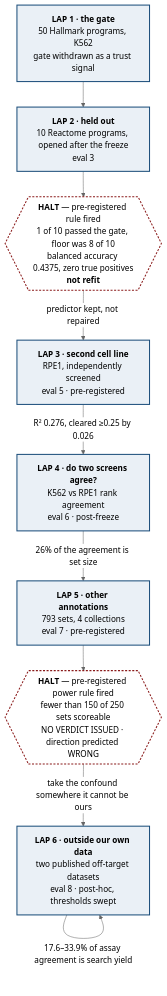
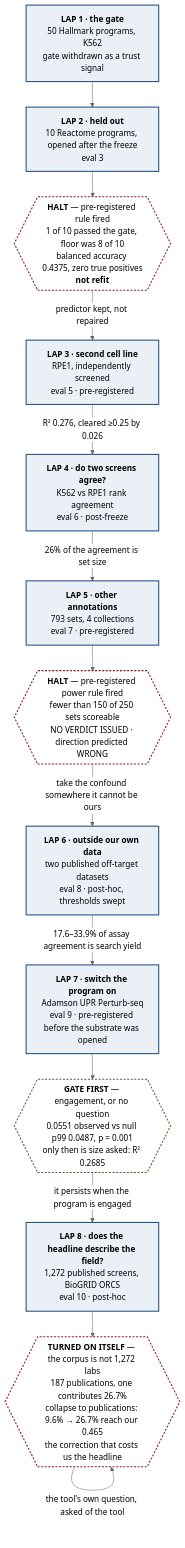
The second of 3 diagrams in docs/LOOP.md (alejandro-publius/denali), drawn with Mermaid (neutral theme) before and after one commit. The commit also changed other lines of this file and 1 other file, not shown here.

First line of the commit message:
LOOP.md stopped at lap 6, and left out the two best laps for its own argument

````diff
--- a/docs/LOOP.md
+++ b/docs/LOOP.md
@@ -46,28 +46,40 @@
 ```mermaid
 flowchart TB
   L1["<b>LAP 1 · the gate</b><br/>50 Hallmark programs, K562<br/>gate withdrawn as a trust signal"]
   L2["<b>LAP 2 · held out</b><br/>10 Reactome programs, opened after the freeze<br/>eval 3"]
   H1{{"<b>HALT</b> — pre-registered rule fired<br/>1 of 10 passed the gate, floor was 8 of 10<br/>balanced accuracy 0.4375, zero true positives<br/><b>not refit</b>"}}
   L3["<b>LAP 3 · second cell line</b><br/>RPE1, independently screened<br/>eval 5 · pre-registered"]
   L4["<b>LAP 4 · do two screens agree?</b><br/>K562 vs RPE1 rank agreement<br/>eval 6 · post-freeze"]
   L5["<b>LAP 5 · other annotations</b><br/>793 sets, 4 collections<br/>eval 7 · pre-registered"]
   H2{{"<b>HALT</b> — pre-registered power rule fired<br/>fewer than 150 of 250 sets scoreable<br/>NO VERDICT ISSUED · direction predicted WRONG"}}
   L6["<b>LAP 6 · outside our own data</b><br/>two published off-target datasets<br/>eval 8 · post-hoc, thresholds swept"]
+  L7["<b>LAP 7 · switch the program on</b><br/>Adamson UPR Perturb-seq<br/>eval 9 · pre-registered before the substrate was opened"]
+  G1{{"<b>GATE FIRST</b> — engagement, or no question<br/>0.0551 observed vs null p99 0.0487, p = 0.001<br/>only then is size asked: R² 0.2685"}}
+  L8["<b>LAP 8 · does the headline describe the field?</b><br/>1,272 published screens, BioGRID ORCS<br/>eval 10 · post-hoc"]
+  H3{{"<b>TURNED ON ITSELF</b> — the corpus is not 1,272 labs<br/>187 publications, one contributes 26.7%<br/>collapse to publications: 9.6% → 26.7% reach our 0.465<br/>the correction that costs us the headline"}}
 
   L1 --> L2 --> H1
   H1 -->|"predictor kept, not repaired"| L3
   L3 -->|"R² 0.276, cleared ≥0.25 by 0.026"| L4
   L4 -->|"26% of the agreement is set size"| L5
   L5 --> H2
   H2 -->|"take the confound somewhere it cannot be ours"| L6
-  L6 -->|"17.6–33.9% of assay agreement is search yield"| L6
+  L6 -->|"17.6–33.9% of assay agreement is search yield"| L7
+  L7 --> G1
+  G1 -->|"it persists when the program is engaged"| L8
+  L8 --> H3
+  H3 -->|"the tool's own question, asked of the tool"| H3
 
   style L1 fill:#eaf0f6,stroke:#1a4d7a,stroke-width:2px
   style L2 fill:#eaf0f6,stroke:#1a4d7a,stroke-width:2px
   style L3 fill:#eaf0f6,stroke:#1a4d7a,stroke-width:2px
   style L4 fill:#eaf0f6,stroke:#1a4d7a,stroke-width:2px
   style L5 fill:#eaf0f6,stroke:#1a4d7a,stroke-width:2px
   style L6 fill:#eaf0f6,stroke:#1a4d7a,stroke-width:2px
+  style L7 fill:#eaf0f6,stroke:#1a4d7a,stroke-width:2px
+  style L8 fill:#eaf0f6,stroke:#1a4d7a,stroke-width:2px
   style H1 fill:#fff,stroke:#8a1a1a,stroke-width:2px,stroke-dasharray:4 3
   style H2 fill:#fff,stroke:#8a1a1a,stroke-width:2px,stroke-dasharray:4 3
+  style G1 fill:#fff,stroke:#3d6b2e,stroke-width:2px,stroke-dasharray:4 3
+  style H3 fill:#fff,stroke:#8a1a1a,stroke-width:2px,stroke-dasharray:4 3
 ```
````
